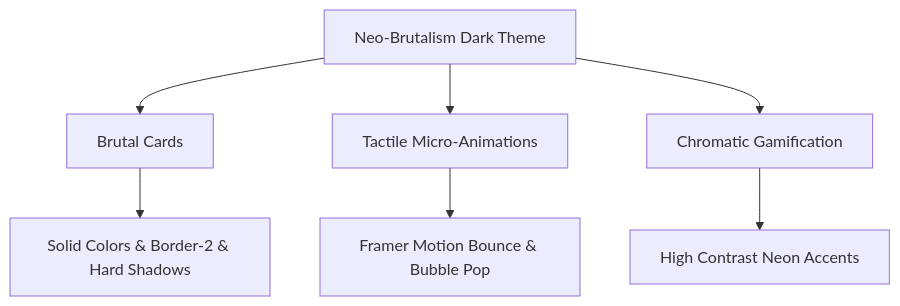
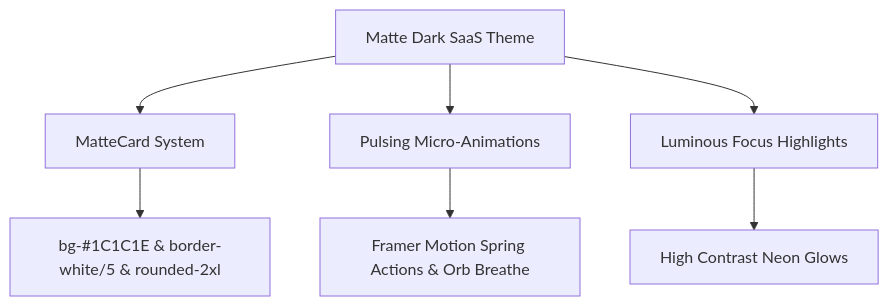
Before and after one commit to Insoyntax/Learn-Tracker: the diagram in ui_ux_design.md, drawn with Mermaid. The commit also changed other lines of this file and 7 other files, not shown here.

Commit message:
style: rebrand to Sinau.id Matte Dark SaaS and apply UI polish fixes

````diff
--- a/ui_ux_design.md
+++ b/ui_ux_design.md
@@ -11,10 +11,10 @@
 ```mermaid
 graph TD
-    A[Neo-Brutalism Dark Theme] --> B[Brutal Cards]
-    A --> C[Tactile Micro-Animations]
-    A --> D[Chromatic Gamification]
+    A[Matte Dark SaaS Theme] --> B[MatteCard System]
+    A --> C[Pulsing Micro-Animations]
+    A --> D[Luminous Focus Highlights]
     
-    B --> B1[Solid Colors & Border-2 & Hard Shadows]
-    C --> C1[Framer Motion Bounce & Bubble Pop]
-    D --> D1[High Contrast Neon Accents]
+    B --> B1[bg-#1C1C1E & border-white/5 & rounded-2xl]
+    C --> C1[Framer Motion Spring Actions & Orb Breathe]
+    D --> D1[High Contrast Neon Glows]
 ```
````
